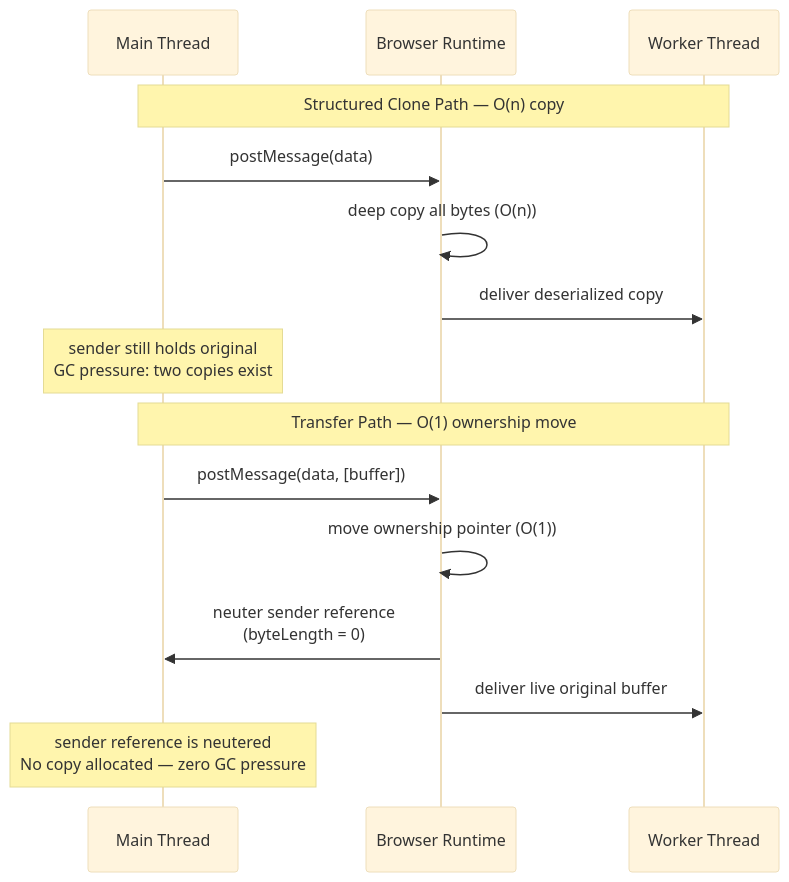
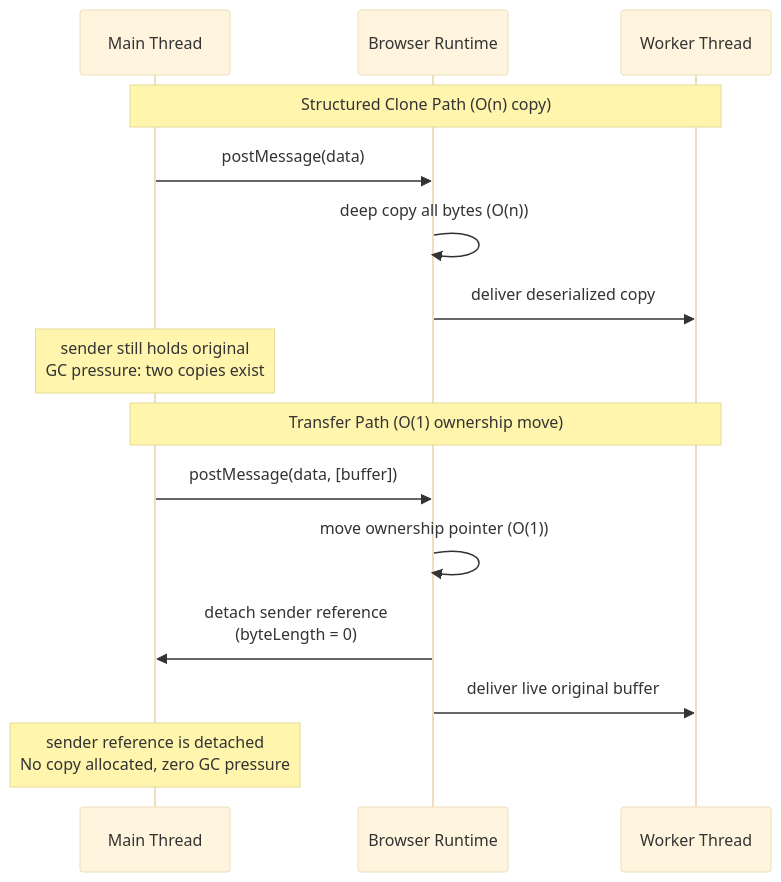
The diagram in docs/en/Browser APIs and Web Platform/417.md (alivedise/frontend-engineering-essentials), drawn with Mermaid (base theme) before and after one commit. The commit also changed other lines of this file and 3 other files, not shown here.

````diff
--- a/docs/en/Browser APIs and Web Platform/417.md
+++ b/docs/en/Browser APIs and Web Platform/417.md
@@ -154,21 +56,21 @@
 ```mermaid
 sequenceDiagram
     participant Main as Main Thread
     participant Browser as Browser Runtime
     participant Worker as Worker Thread
 
-    Note over Main,Worker: Structured Clone Path — O(n) copy
+    Note over Main,Worker: Structured Clone Path (O(n) copy)
 
     Main->>Browser: postMessage(data)
     Browser->>Browser: deep copy all bytes (O(n))
     Browser->>Worker: deliver deserialized copy
     Note over Main: sender still holds original<br/>GC pressure: two copies exist
 
-    Note over Main,Worker: Transfer Path — O(1) ownership move
+    Note over Main,Worker: Transfer Path (O(1) ownership move)
 
     Main->>Browser: postMessage(data, [buffer])
     Browser->>Browser: move ownership pointer (O(1))
-    Browser->>Main: neuter sender reference<br/>(byteLength = 0)
+    Browser->>Main: detach sender reference<br/>(byteLength = 0)
     Browser->>Worker: deliver live original buffer
-    Note over Main: sender reference is neutered<br/>No copy allocated — zero GC pressure
+    Note over Main: sender reference is detached<br/>No copy allocated, zero GC pressure
 ```
````
